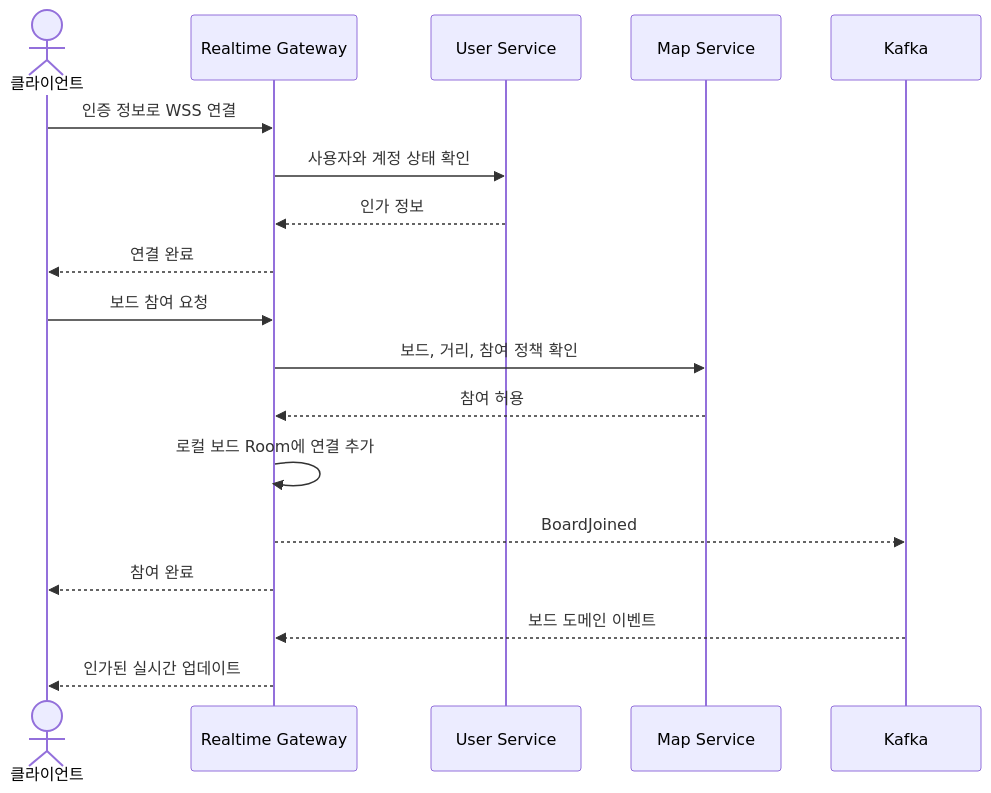
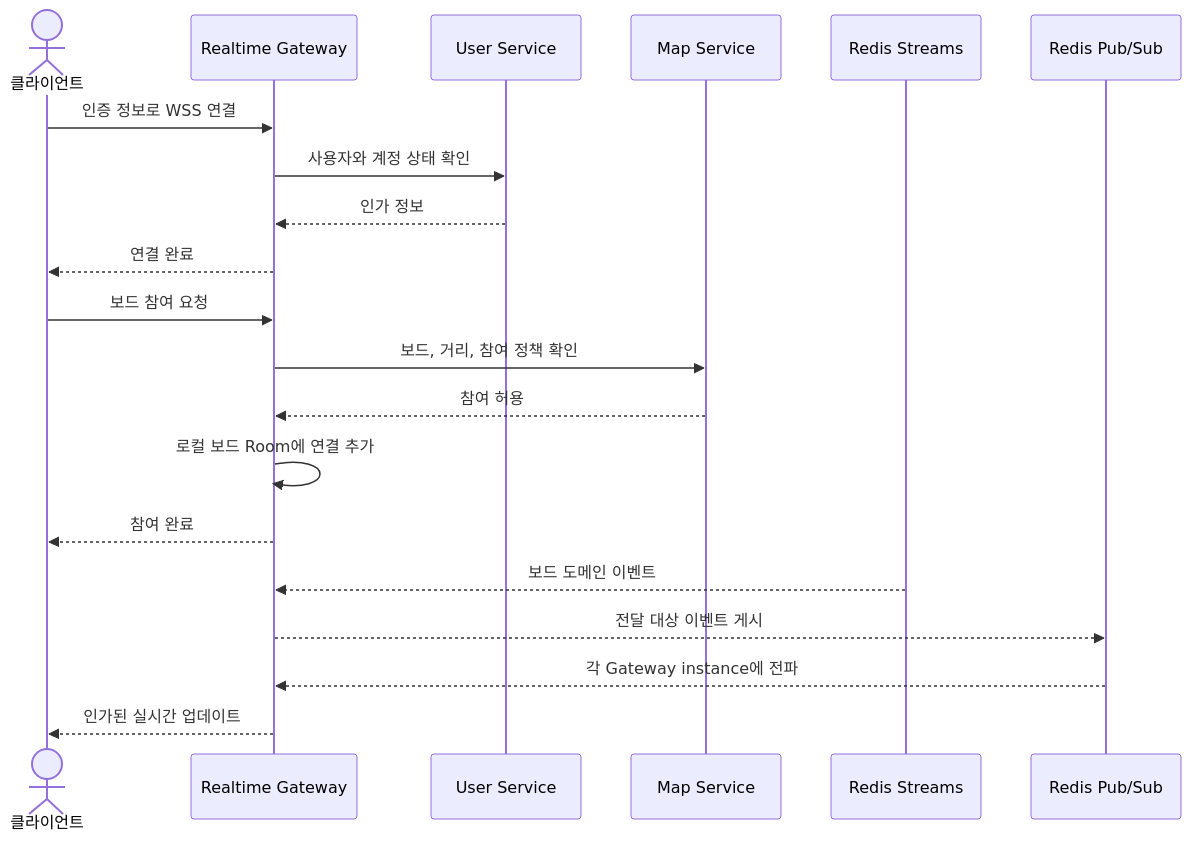
The fourth of 4 diagrams in ARCHITECTURE.md (WGO-What-s-Going-On/Backend), drawn with Mermaid before and after one commit. The commit also changed other lines of this file and 3 other files, not shown here.

````diff
--- a/ARCHITECTURE.md
+++ b/ARCHITECTURE.md
@@ -265,21 +287,23 @@
 ```mermaid
 sequenceDiagram
     actor C as 클라이언트
     participant R as Realtime Gateway
     participant U as User Service
     participant M as Map Service
-    participant K as Kafka
+    participant S as Redis Streams
+    participant F as Redis Pub/Sub
 
     C->>R: 인증 정보로 WSS 연결
     R->>U: 사용자와 계정 상태 확인
     U-->>R: 인가 정보
     R-->>C: 연결 완료
     C->>R: 보드 참여 요청
     R->>M: 보드, 거리, 참여 정책 확인
     M-->>R: 참여 허용
     R->>R: 로컬 보드 Room에 연결 추가
-    R-->>K: BoardJoined
     R-->>C: 참여 완료
-    K-->>R: 보드 도메인 이벤트
+    S-->>R: 보드 도메인 이벤트
+    R-->>F: 전달 대상 이벤트 게시
+    F-->>R: 각 Gateway instance에 전파
     R-->>C: 인가된 실시간 업데이트
 ```
````
